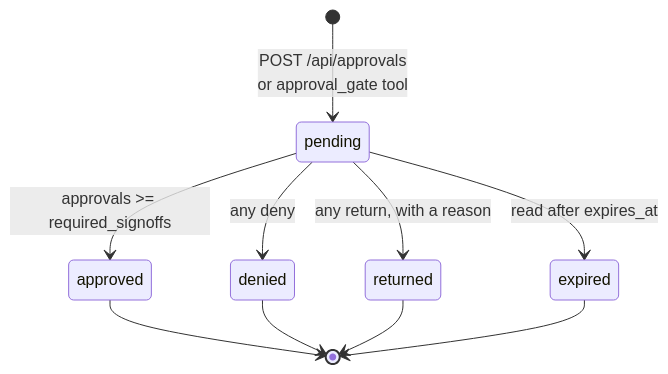
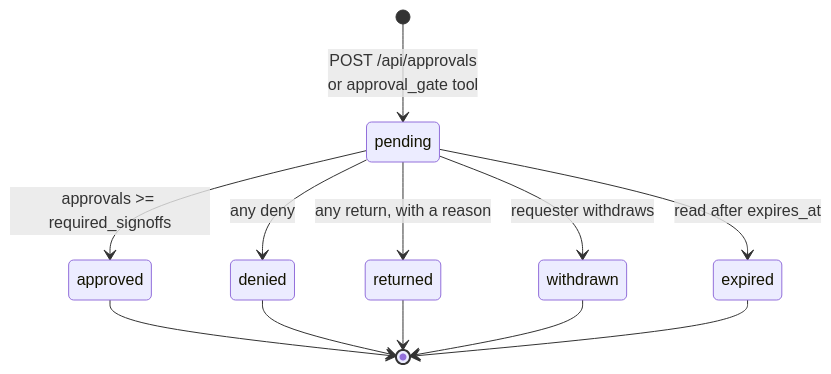
One commit to sarkar4777/abenix changed the second of 5 diagrams in apps/web/public/dev-docs/02-runtime/09-state-machines.md. Above: the diagram before and after it, drawn with Mermaid. The commit also changed other lines of this file and 177 other files, not shown here.

````diff
--- a/apps/web/public/dev-docs/02-runtime/09-state-machines.md
+++ b/apps/web/public/dev-docs/02-runtime/09-state-machines.md
@@ -97,12 +97,14 @@
 ```mermaid
 stateDiagram-v2
   [*] --> pending: POST /api/approvals<br/>or approval_gate tool
   pending --> approved: approvals >= required_signoffs
   pending --> denied: any deny
   pending --> returned: any return, with a reason
   pending --> expired: read after expires_at
   approved --> [*]
   denied --> [*]
   returned --> [*]
+  pending --> withdrawn: requester withdraws
+  withdrawn --> [*]
   expired --> [*]
 ```
````
